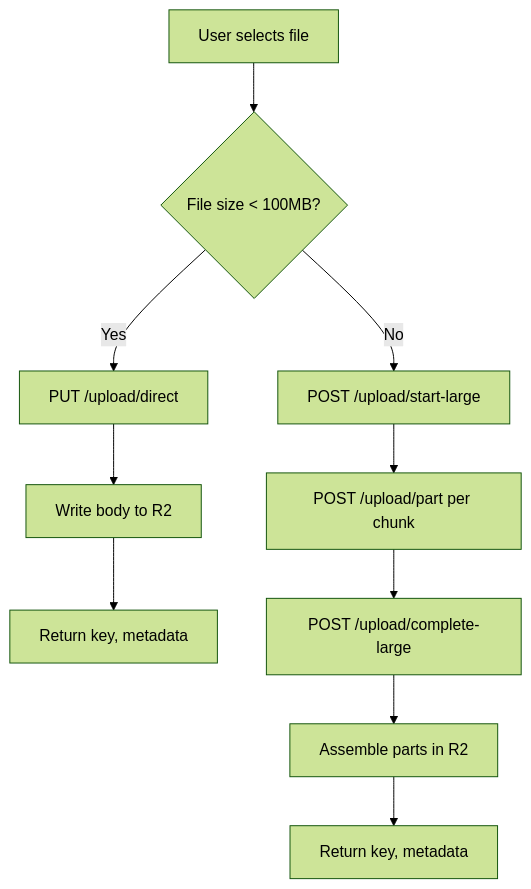
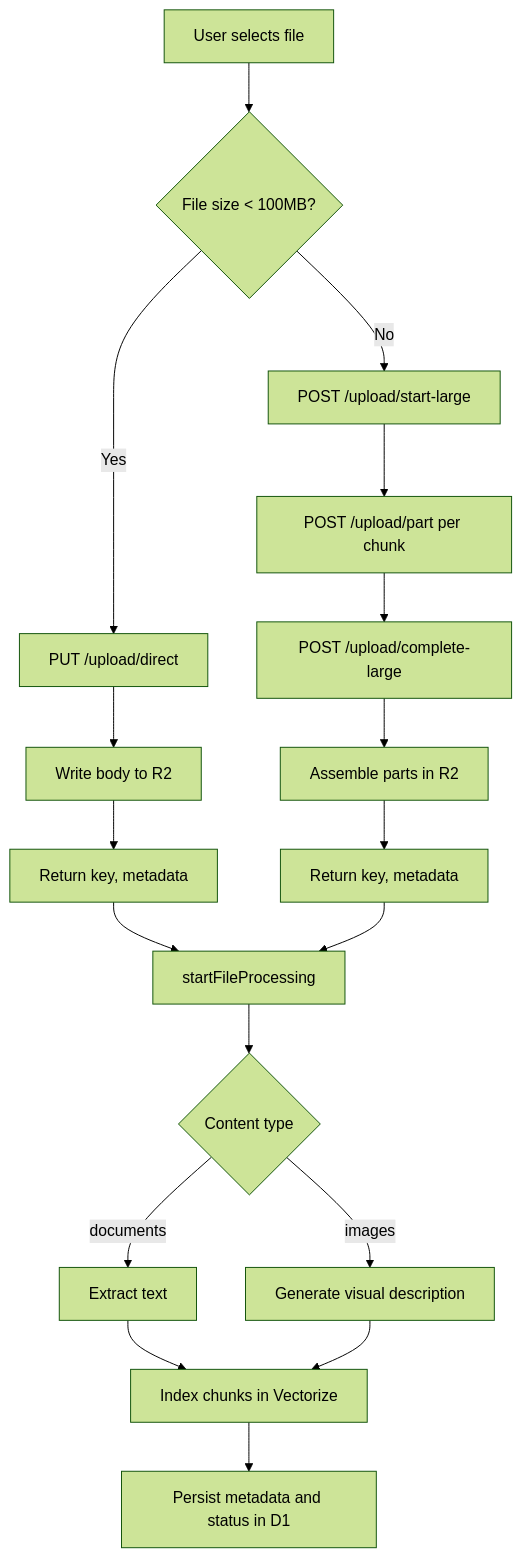
Before and after one commit to ofisk/loresmith-ai: the diagram in docs/FILE_UPLOAD_SYSTEM.md, drawn with Mermaid (forest theme). The commit also changed other lines of this file and 12 other files, not shown here.

````diff
--- a/docs/FILE_UPLOAD_SYSTEM.md
+++ b/docs/FILE_UPLOAD_SYSTEM.md
@@ -22,12 +22,20 @@
 ```mermaid
 flowchart TD
   Start[User selects file] --> CheckSize{File size < 100MB?}
   CheckSize -->|Yes| Direct[PUT /upload/direct]
   CheckSize -->|No| MultipartStart[POST /upload/start-large]
   Direct --> R2Direct[Write body to R2]
   R2Direct --> DoneDirect[Return key, metadata]
   MultipartStart --> UploadParts[POST /upload/part per chunk]
   UploadParts --> Complete[POST /upload/complete-large]
   Complete --> R2Multipart[Assemble parts in R2]
   R2Multipart --> DoneMultipart[Return key, metadata]
+  DoneDirect --> ProcessStart[startFileProcessing]
+  DoneMultipart --> ProcessStart
+  ProcessStart --> Extract{Content type}
+  Extract -->|documents| TextExtract[Extract text]
+  Extract -->|images| VisionExtract[Generate visual description]
+  TextExtract --> Embed[Index chunks in Vectorize]
+  VisionExtract --> Embed
+  Embed --> Persist[Persist metadata and status in D1]
 ```
````
